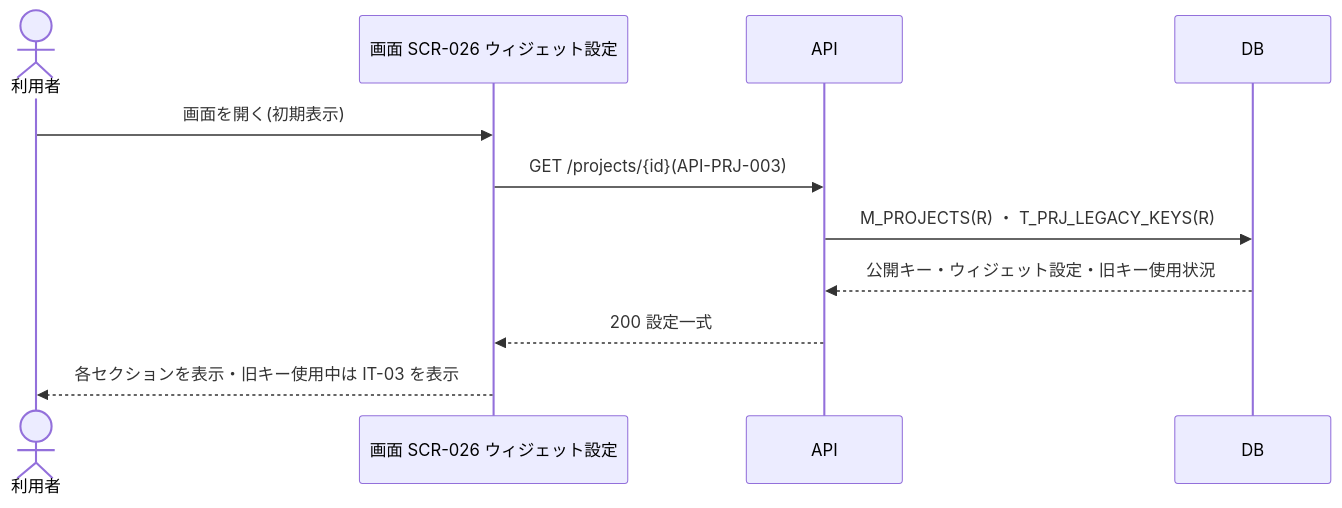
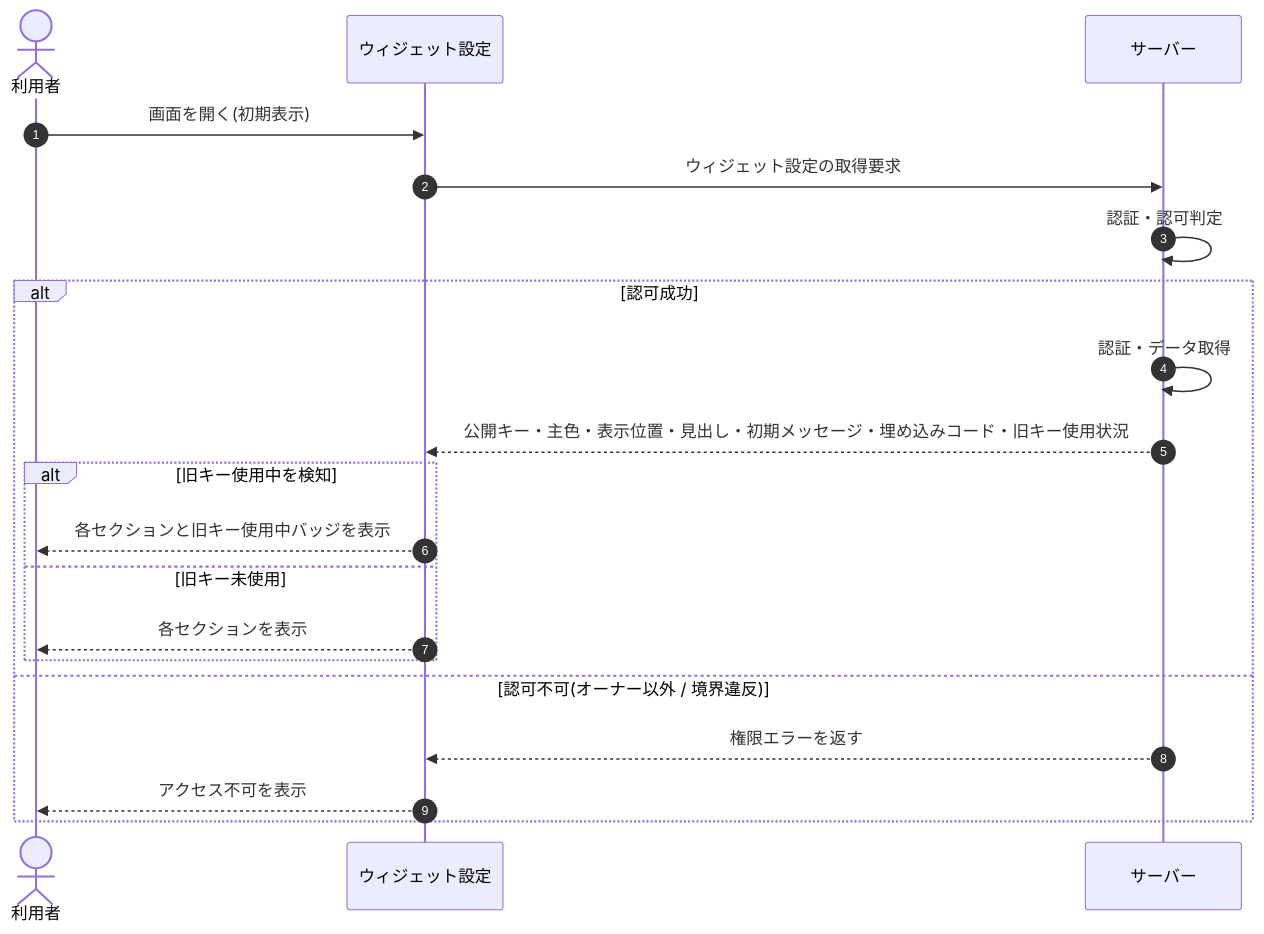
One commit to sikakou54/open-faq changed the diagram in 02_basic_design/05_sequences/SEQ-038.md. Above: the diagram before and after it, drawn with Mermaid. The commit also changed other lines of this file and 108 other files, not shown here.

First line of the commit message:
基本設計: シーケンス図を基本設計粒度(ユーザー/画面/サーバー)へ再編成

````diff
--- a/02_basic_design/05_sequences/SEQ-038.md
+++ b/02_basic_design/05_sequences/SEQ-038.md
@@ -25,13 +32,22 @@
 ```mermaid
 sequenceDiagram
+  autonumber
   actor U as 利用者
-  participant S as 画面 SCR-026 ウィジェット設定
-  participant API as API
-  participant DB as DB
-  U->>S: 画面を開く(初期表示)
-  S->>API: GET /projects/{id}(API-PRJ-003)
-  API->>DB: M_PROJECTS(R) ・ T_PRJ_LEGACY_KEYS(R)
-  DB-->>API: 公開キー・ウィジェット設定・旧キー使用状況
-  API-->>S: 200 設定一式
-  S-->>U: 各セクションを表示・旧キー使用中は IT-03 を表示
+  participant Screen as ウィジェット設定
+  participant Server as サーバー
+  U->>Screen: 画面を開く(初期表示)
+  Screen->>Server: ウィジェット設定の取得要求
+  Server->>Server: 認証・認可判定
+  alt 認可成功
+    Server->>Server: 認証・データ取得
+    Server-->>Screen: 公開キー・主色・表示位置・見出し・初期メッセージ・埋め込みコード・旧キー使用状況
+    alt 旧キー使用中を検知
+      Screen-->>U: 各セクションと旧キー使用中バッジを表示
+    else 旧キー未使用
+      Screen-->>U: 各セクションを表示
+    end
+  else 認可不可(オーナー以外 / 境界違反)
+    Server-->>Screen: 権限エラーを返す
+    Screen-->>U: アクセス不可を表示
+  end
 ```
````
